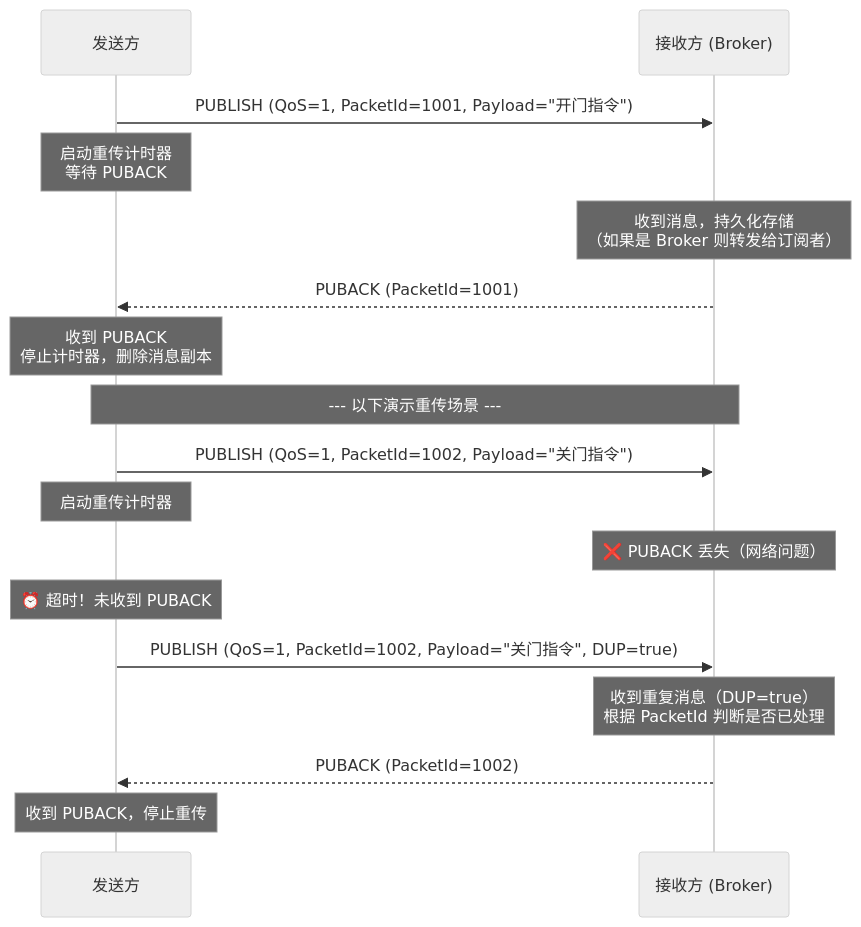
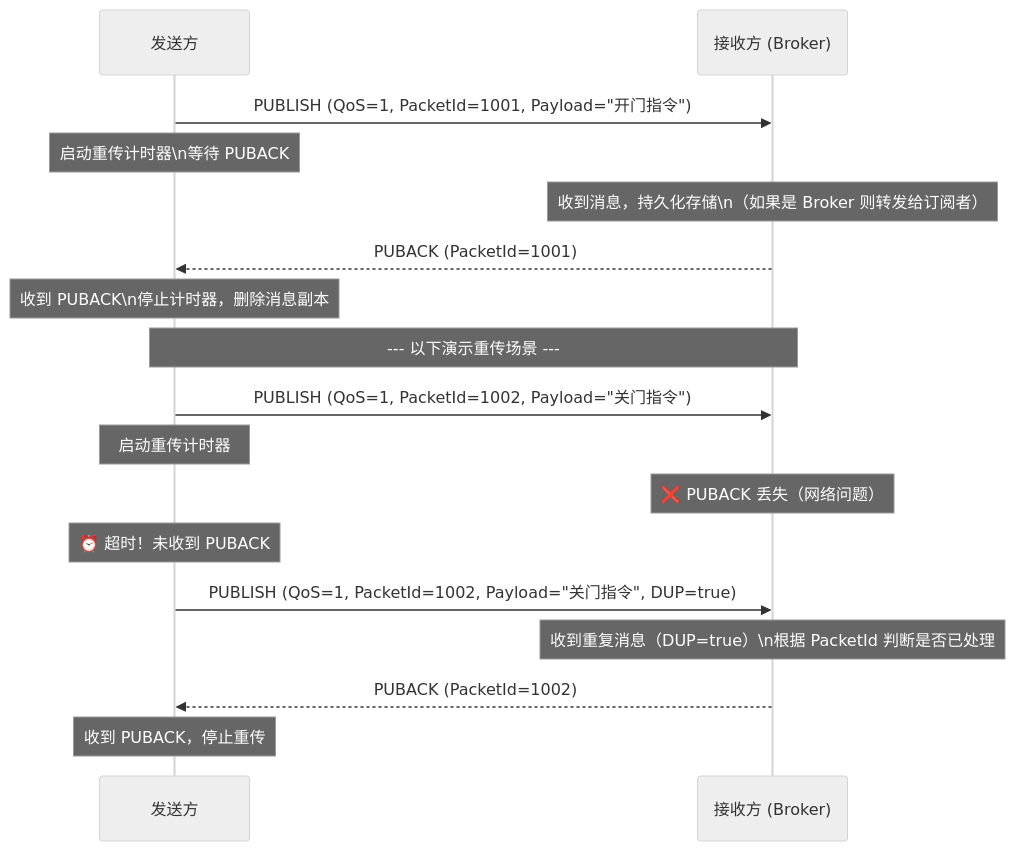
The sixth of 10 diagrams in content/posts/iot/MqttFundamentals.md (yaocat55/yaocat55.github.io), drawn with Mermaid (neutral theme) before and after one commit. The commit also changed other lines of this file and 155 other files, not shown here.

````diff
--- a/content/posts/iot/MqttFundamentals.md
+++ b/content/posts/iot/MqttFundamentals.md
@@ -271,26 +271,26 @@
 ```mermaid
 sequenceDiagram
     participant SENDER as 发送方
     participant RECEIVER as 接收方 (Broker)
 
     SENDER->>RECEIVER: PUBLISH (QoS=1, PacketId=1001, Payload="开门指令")
-    Note over SENDER: 启动重传计时器<br/>等待 PUBACK
+    Note over SENDER: 启动重传计时器\n等待 PUBACK
 
-    Note over RECEIVER: 收到消息，持久化存储<br/>（如果是 Broker 则转发给订阅者）
+    Note over RECEIVER: 收到消息，持久化存储\n（如果是 Broker 则转发给订阅者）
 
     RECEIVER-->>SENDER: PUBACK (PacketId=1001)
-    Note over SENDER: 收到 PUBACK<br/>停止计时器，删除消息副本
+    Note over SENDER: 收到 PUBACK\n停止计时器，删除消息副本
 
     Note over SENDER,RECEIVER: --- 以下演示重传场景 ---
 
     SENDER->>RECEIVER: PUBLISH (QoS=1, PacketId=1002, Payload="关门指令")
     Note over SENDER: 启动重传计时器
     Note over RECEIVER: ❌ PUBACK 丢失（网络问题）
 
     Note over SENDER: ⏰ 超时！未收到 PUBACK
     SENDER->>RECEIVER: PUBLISH (QoS=1, PacketId=1002, Payload="关门指令", DUP=true)
-    Note over RECEIVER: 收到重复消息（DUP=true）<br/>根据 PacketId 判断是否已处理
+    Note over RECEIVER: 收到重复消息（DUP=true）\n根据 PacketId 判断是否已处理
 
     RECEIVER-->>SENDER: PUBACK (PacketId=1002)
     Note over SENDER: 收到 PUBACK，停止重传
 ```
````
